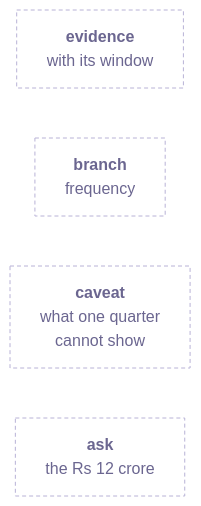
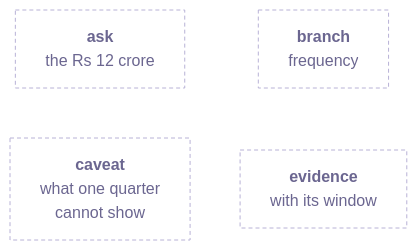
Before and after one commit to fde-academy-lab/c2-content-factory: the ninth of 20 diagrams in content/W01/D1/slides/C2_W01_D01_half2_STUDENT.md, drawn with Mermaid. The commit also changed other lines of this file and 3 other files, not shown here.

````diff
--- a/content/W01/D1/slides/C2_W01_D01_half2_STUDENT.md
+++ b/content/W01/D1/slides/C2_W01_D01_half2_STUDENT.md
@@ -531,9 +533,7 @@
 ```mermaid
 flowchart LR
-    E["<b>evidence</b><br/>with its window"]
-    B["<b>branch</b><br/>frequency"]
-    C["<b>caveat</b><br/>what one quarter<br/>cannot show"]
-    A["<b>ask</b><br/>the Rs 12 crore"]
+    A["<b>ask</b><br/>the Rs 12 crore"] ~~~ B["<b>branch</b><br/>frequency"]
+    C["<b>caveat</b><br/>what one quarter<br/>cannot show"] ~~~ E["<b>evidence</b><br/>with its window"]
     classDef unknown fill:#FFFFFF,stroke:#B8B2D6,color:#6B6690,stroke-dasharray:4 3
     class E,B,C,A unknown
 ```
````
